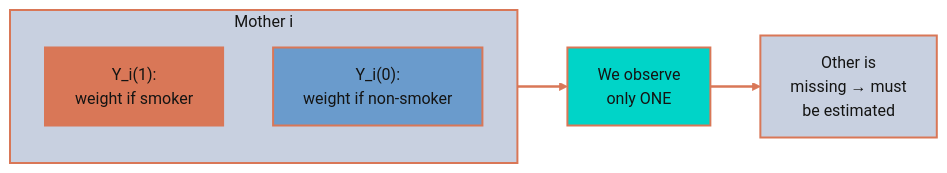
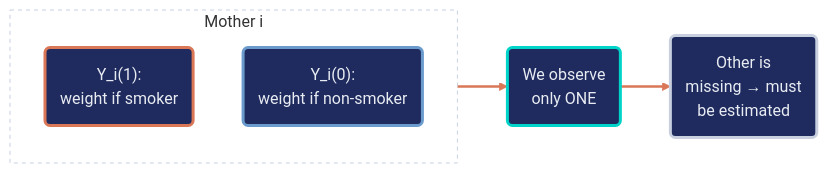
The second of 4 diagrams in content/post/stata_matching/index.md (cmg777/starter-academic-v501), drawn with Mermaid (neutral theme) before and after one commit. The commit also changed other lines of this file and 13 other files, not shown here.

First line of the commit message:
content(mermaid): restyle flowcharts in Stata posts, batch 1 of 2

````diff
--- a/content/post/stata_matching/index.md
+++ b/content/post/stata_matching/index.md
@@ -290,15 +294,19 @@
 ```mermaid
 flowchart LR
     subgraph M["Mother i"]
-        Y1["Y_i(1):<br/>weight if smoker"]
-        Y0["Y_i(0):<br/>weight if non-smoker"]
+        Y1("Y_i(1):<br/>weight if smoker")
+        Y0("Y_i(0):<br/>weight if non-smoker")
     end
-    M --> O["We observe<br/>only ONE"]
-    O --> Q["Other is<br/>missing → must<br/>be estimated"]
-    style Y1 fill:#d97757,stroke:#d97757,stroke-width:2px,color:#141413
-    style Y0 fill:#6a9bcc,stroke:#d97757,stroke-width:2px,color:#141413
-    style M fill:#c8d0e0,stroke:#d97757,stroke-width:2px,color:#141413
-    style O fill:#00d4c8,stroke:#d97757,stroke-width:2px,color:#141413
-    style Q fill:#c8d0e0,stroke:#d97757,stroke-width:2px,color:#141413
+    M --> O("We observe<br/>only ONE")
+    O --> Q("Other is<br/>missing → must<br/>be estimated")
     linkStyle 0,1 stroke:#d97757,stroke-width:2.5px
+    style M fill:none,stroke:#c8d0e0,stroke-width:1px,stroke-dasharray:4 4
+    classDef orange fill:#1f2b5e,stroke:#d97757,stroke-width:3px,color:#e8ecf2
+    classDef blue fill:#1f2b5e,stroke:#6a9bcc,stroke-width:3px,color:#e8ecf2
+    classDef teal fill:#1f2b5e,stroke:#00d4c8,stroke-width:3px,color:#e8ecf2
+    classDef gray fill:#1f2b5e,stroke:#c8d0e0,stroke-width:3px,color:#e8ecf2
+    class Y1 orange
+    class Y0 blue
+    class O teal
+    class Q gray
 ```
````
